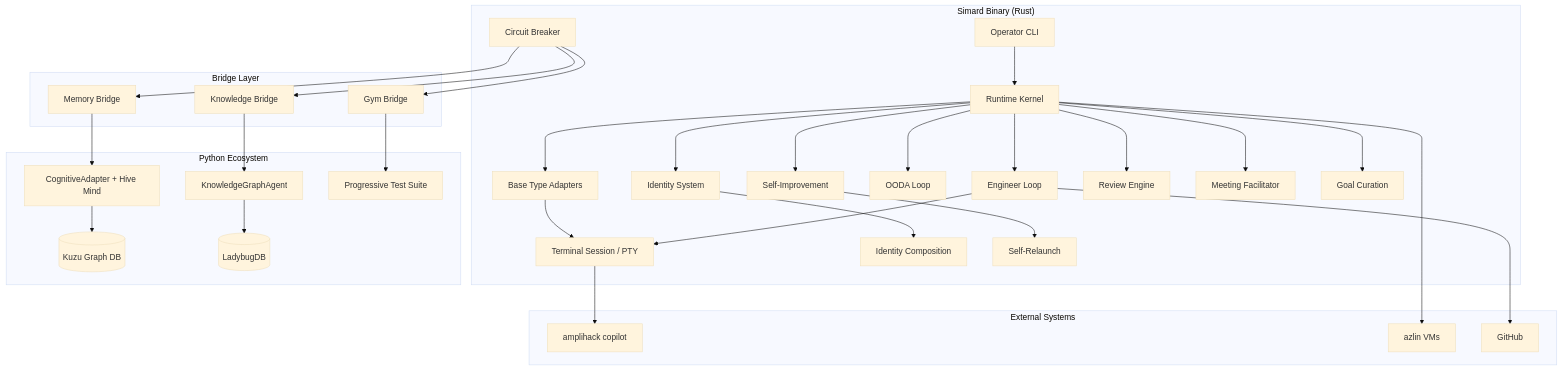
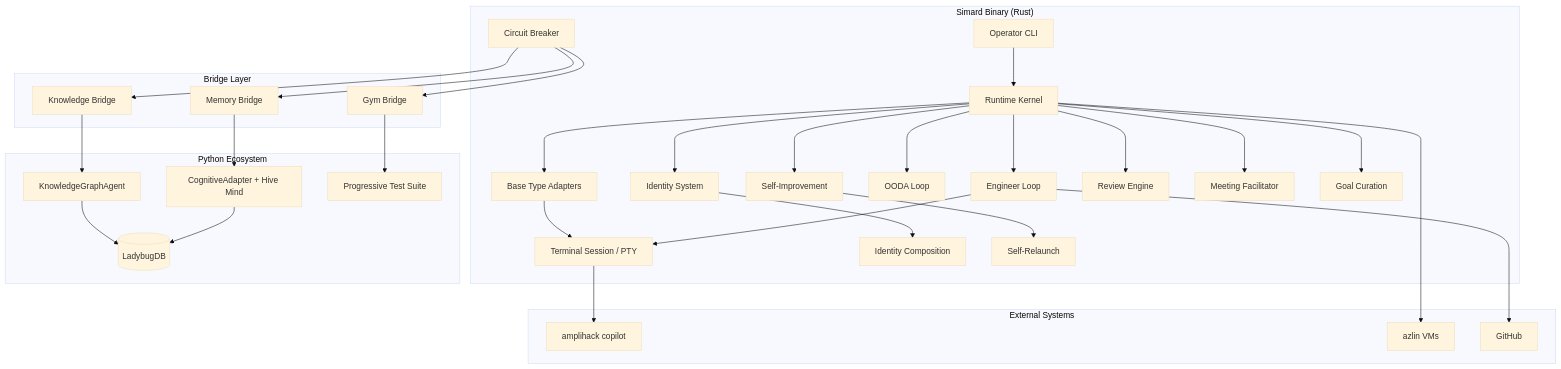
Before and after one commit to rysweet/Simard: the diagram in docs/architecture/overview.md, drawn with Mermaid (base theme). The commit also changed other lines of this file and 11 other files, not shown here.

First line of the commit message:
refactor: replace all Kuzu references with LadybugDB

````diff
--- a/docs/architecture/overview.md
+++ b/docs/architecture/overview.md
@@ -15,66 +15,65 @@
 ```mermaid
 graph TB
     subgraph "Simard Binary (Rust)"
         CLI[Operator CLI]
         RT[Runtime Kernel]
         EL[Engineer Loop]
         TS[Terminal Session / PTY]
         BT[Base Type Adapters]
         ID[Identity System]
         IC[Identity Composition]
         CB[Circuit Breaker]
         OODA[OODA Loop]
         SI[Self-Improvement]
         SR[Self-Relaunch]
         REV[Review Engine]
         MF[Meeting Facilitator]
         GC[Goal Curation]
 
         CLI --> RT
         RT --> EL
         RT --> BT
         RT --> OODA
         EL --> TS
         BT --> TS
         RT --> ID
         ID --> IC
         RT --> SI
         SI --> SR
         RT --> REV
         RT --> MF
         RT --> GC
     end
 
     subgraph "Bridge Layer"
         MB[Memory Bridge]
         KB[Knowledge Bridge]
         GB[Gym Bridge]
         CB --> MB
         CB --> KB
         CB --> GB
     end
 
     subgraph "Python Ecosystem"
         CMA[CognitiveAdapter + Hive Mind]
         KGA[KnowledgeGraphAgent]
         EVA[Progressive Test Suite]
-        KUZU[(Kuzu Graph DB)]
-        LDB[(LadybugDB)]
+        LBUG[(LadybugDB)]
 
         MB --> CMA
         KB --> KGA
         GB --> EVA
-        CMA --> KUZU
-        KGA --> LDB
+        CMA --> LBUG
+        KGA --> LBUG
     end
 
     subgraph "External Systems"
         AMP[amplihack copilot]
         AZLIN[azlin VMs]
         GH[GitHub]
     end
 
     TS --> AMP
     RT --> AZLIN
     EL --> GH
 ```
````
